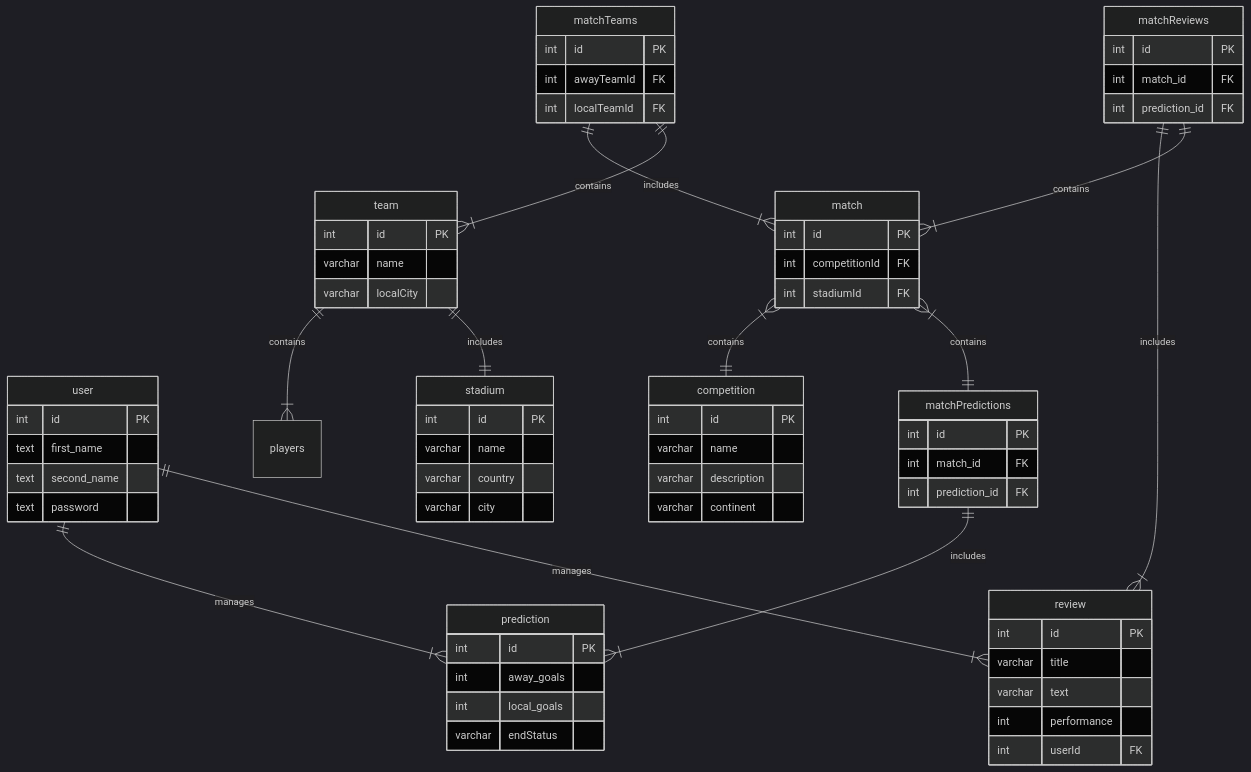
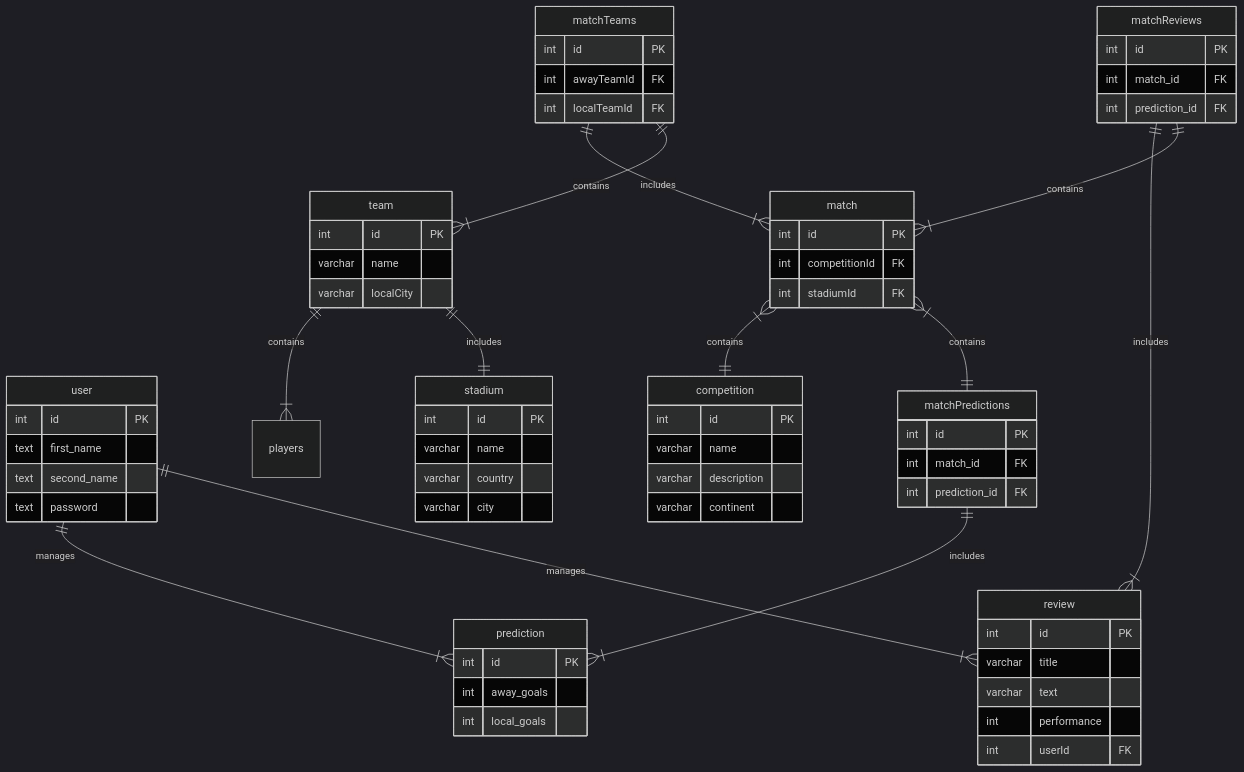
One commit to JFavioUS/allThings-RealMadrid changed the second of 2 diagrams in README.md. Above: the diagram before and after it, drawn with Mermaid.

````diff
--- a/README.md
+++ b/README.md
@@ -44,72 +44,71 @@
 ```mermaid
 %%{init: {'theme':'dark'}}%%
 erDiagram
     user ||--|{ prediction : manages
     user ||--|{ review : manages
     user {
         int id PK
         text first_name
         text second_name
         text password
     }
     matchTeams ||--|{ match : includes
     matchTeams ||--|{ team : contains
     matchTeams {
         int id PK
         int awayTeamId FK
         int localTeamId FK
     }
     match }|--|| competition : contains
     match {
         int id PK
         int competitionId FK
         int stadiumId FK
     }
     team ||--|{ players : contains
     team ||--|| stadium : includes
     team {
         int id PK
         varchar name
         varchar localCity
     }
     competition {
         int id PK
         varchar name
         varchar description
         varchar continent
     }
     stadium {
         int id PK
         varchar name
         varchar country
         varchar city
     }
     review {
         int id PK
         varchar title
         varchar text
         int performance
         int userId FK
     }
     matchReviews ||--|{ review : includes
     matchReviews ||--|{ match : contains
     matchReviews {
         int id PK
         int match_id FK
         int prediction_id FK
     }
     prediction {
         int id PK
         int away_goals
         int local_goals
-        varchar endStatus
     }
     matchPredictions ||--|{ prediction : includes
     match }|--|| matchPredictions : contains
     matchPredictions {
         int id PK
         int match_id FK
         int prediction_id FK
     }
 
 ```
````
